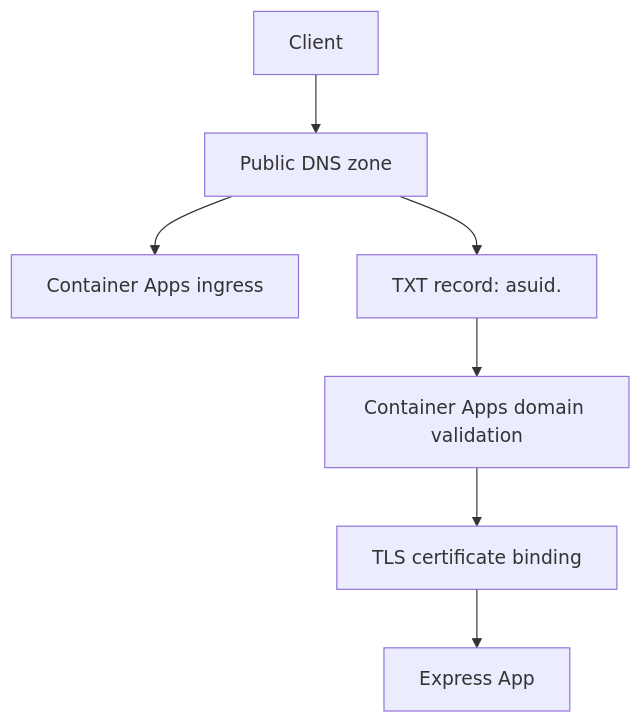
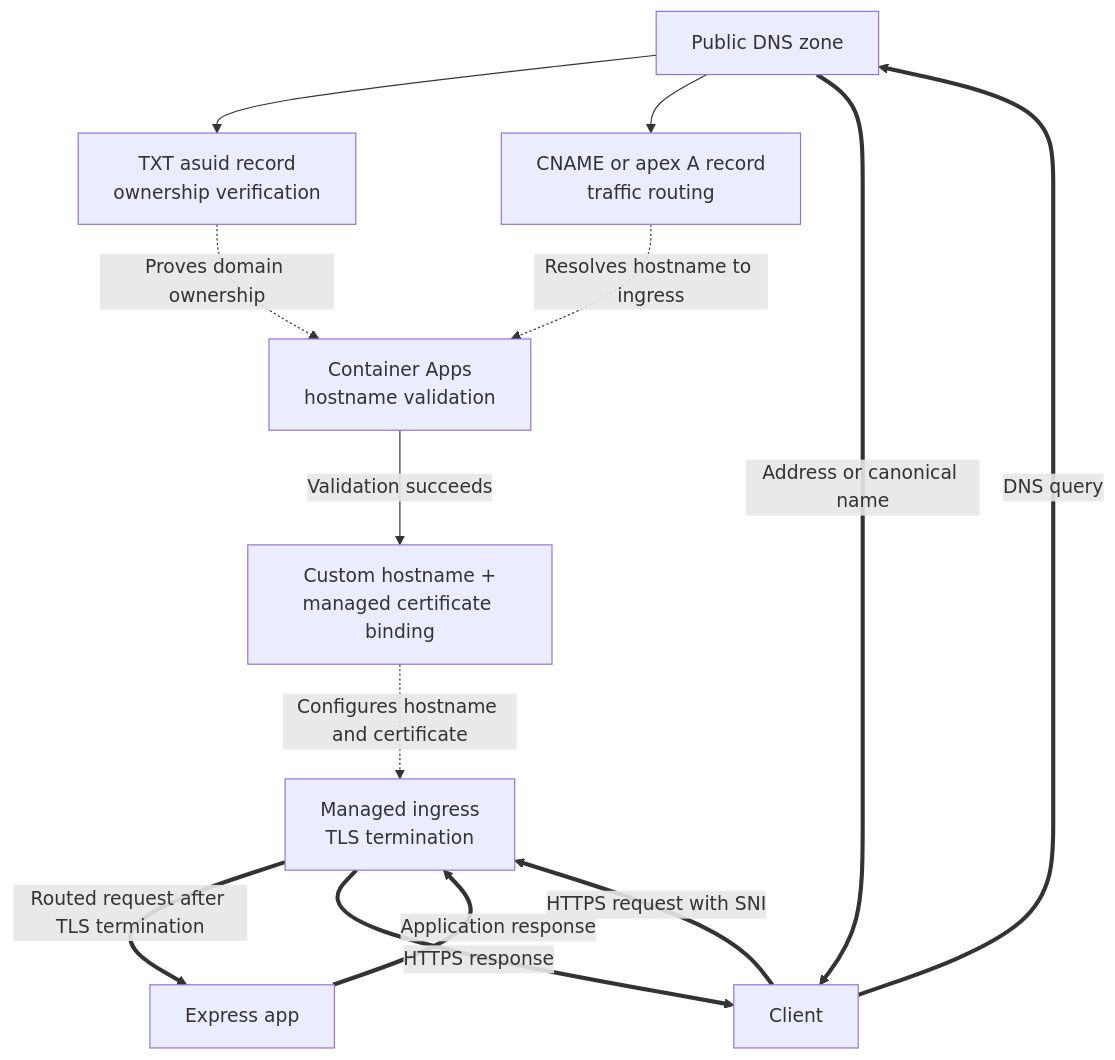
One commit to yeongseon/azure-container-apps-practical-guide changed the diagram in docs/language-guides/nodejs/recipes/custom-domains.md. Above: the diagram before and after it, drawn with Mermaid. The commit also changed other lines of this file and 12 other files, not shown here.

Commit message:
docs(diagrams): migrate Node.js recipe diagrams (#630)

````diff
--- a/docs/language-guides/nodejs/recipes/custom-domains.md
+++ b/docs/language-guides/nodejs/recipes/custom-domains.md
@@ -18,9 +18,26 @@
 ```mermaid
 flowchart TD
-    U[Client] --> DNS[Public DNS zone]
-    DNS --> INGRESS[Container Apps ingress]
-    DNS --> TXT[TXT record: asuid.<host>]
-    TXT --> ACA[Container Apps domain validation]
-    ACA --> CERT[TLS certificate binding]
-    CERT --> APP[Express App]
+    accTitle: Custom hostname validation and HTTPS request flow
+    accDescr: DNS ownership and routing records permit Container Apps to validate and bind the hostname and managed certificate. After binding succeeds, a client resolves the hostname and sends an HTTPS request to managed ingress, which terminates TLS and routes the request to Express.
+    DNS[Public DNS zone]
+    TXT[TXT asuid record<br/>ownership verification]
+    ROUTE[CNAME or apex A record<br/>traffic routing]
+    VALIDATE[Container Apps<br/>hostname validation]
+    BIND[Custom hostname +<br/>managed certificate binding]
+    CLIENT[Client]
+    INGRESS[Managed ingress<br/>TLS termination]
+    APP[Express app]
+
+    DNS --> TXT
+    DNS --> ROUTE
+    TXT -.->|"Proves domain ownership"| VALIDATE
+    ROUTE -.->|"Resolves hostname to ingress"| VALIDATE
+    VALIDATE -->|"Validation succeeds"| BIND
+    BIND -.->|"Configures hostname and certificate"| INGRESS
+    CLIENT ==>|"DNS query"| DNS
+    DNS ==>|"Address or canonical name"| CLIENT
+    CLIENT ==>|"HTTPS request with SNI"| INGRESS
+    INGRESS ==>|"Routed request after TLS termination"| APP
+    APP ==>|"Application response"| INGRESS
+    INGRESS ==>|"HTTPS response"| CLIENT
 ```
````
